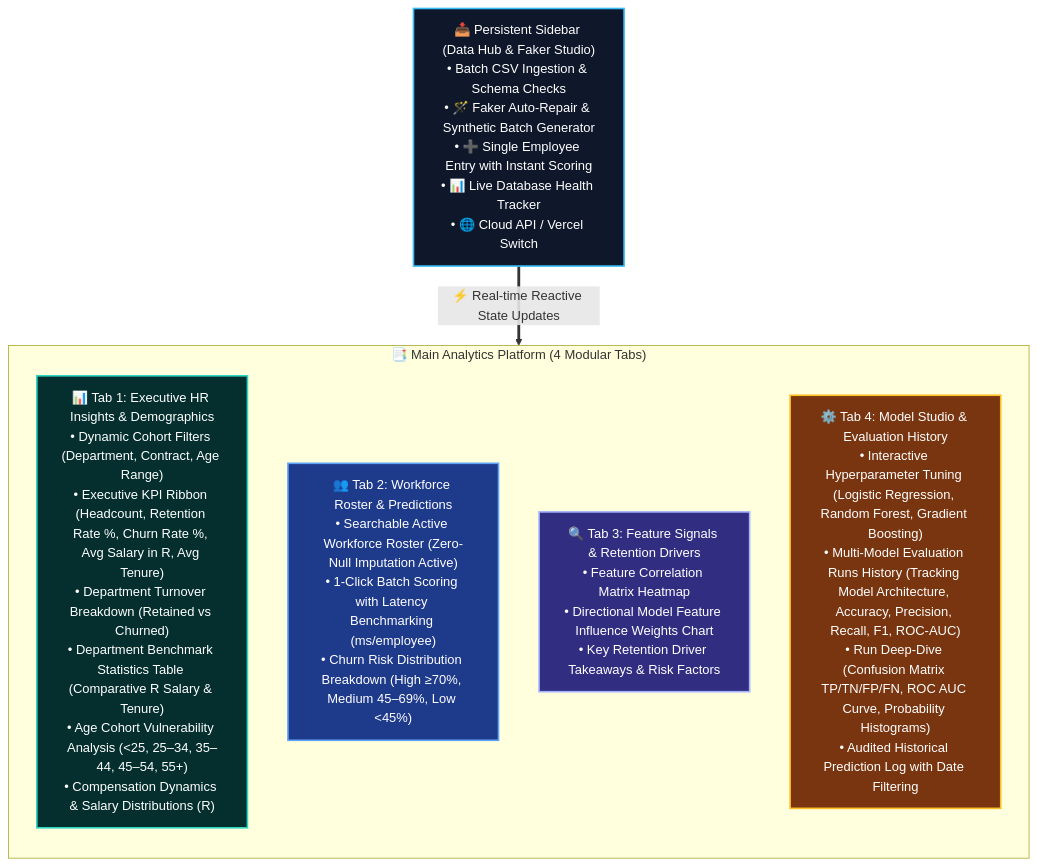
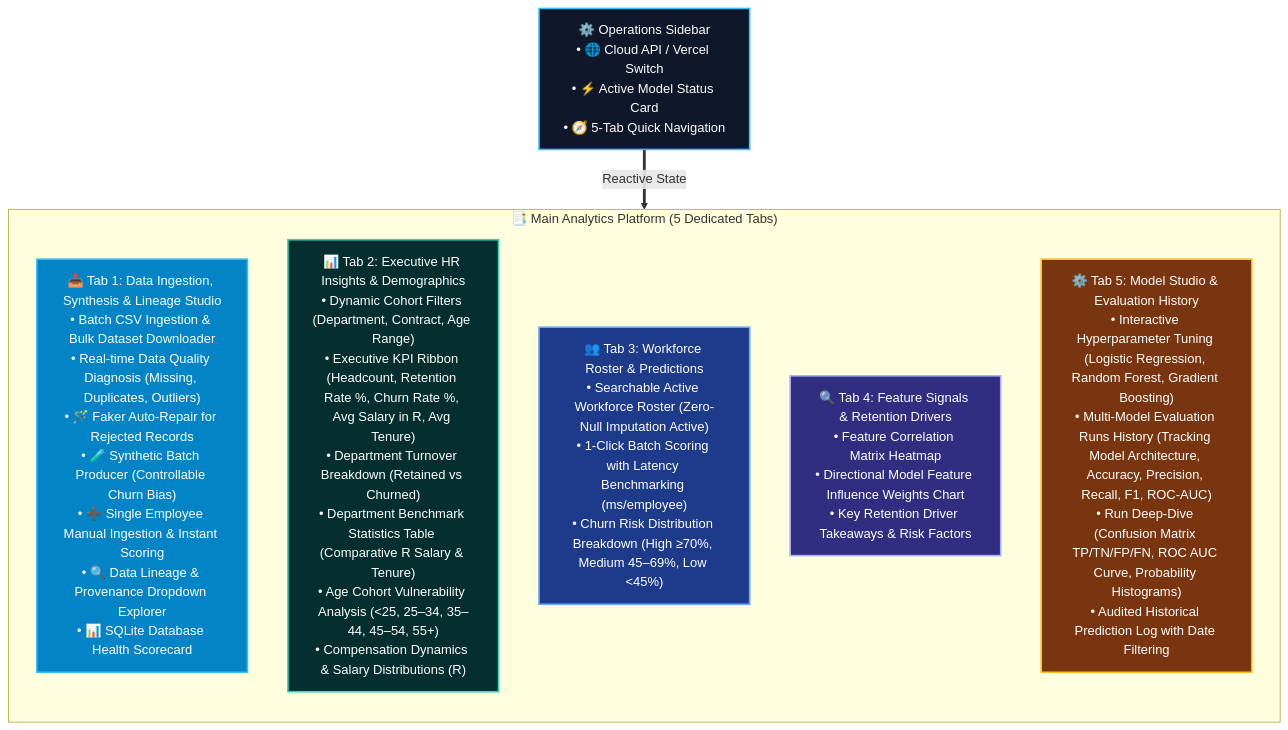
The first of 2 diagrams in artifacts/implementation_summary_and_architecture.md (Shotza247/Employee_Full-Stack_Churn_ML), drawn with Mermaid before and after one commit. The commit also changed other lines of this file and 5 other files, not shown here.

Commit message:
docs: document 5-tab architecture and end-to-end data pipeline lineage governance

````diff
--- a/artifacts/implementation_summary_and_architecture.md
+++ b/artifacts/implementation_summary_and_architecture.md
@@ -11,30 +11,34 @@
 ```mermaid
 flowchart TB
-    SIDEBAR["📥 Persistent Sidebar (Data Hub & Faker Studio)<br/>• Batch CSV Ingestion & Schema Checks<br/>• 🪄 Faker Auto-Repair & Synthetic Batch Generator<br/>• ➕ Single Employee Entry with Instant Scoring<br/>• 📊 Live Database Health Tracker<br/>• 🌐 Cloud API / Vercel Switch"]
+    SIDEBAR["⚙️ Operations Sidebar<br/>• 🌐 Cloud API / Vercel Switch<br/>• ⚡ Active Model Status Card<br/>• 🧭 5-Tab Quick Navigation"]
 
-    SIDEBAR ==>|"⚡ Real-time Reactive State Updates"| TABS
+    SIDEBAR ==>|"Reactive State"| TABS
 
-    subgraph TABS ["📑 Main Analytics Platform (4 Modular Tabs)"]
+    subgraph TABS ["📑 Main Analytics Platform (5 Dedicated Tabs)"]
         direction TB
         
-        TAB1["📊 Tab 1: Executive HR Insights & Demographics<br/>• Dynamic Cohort Filters (Department, Contract, Age Range)<br/>• Executive KPI Ribbon (Headcount, Retention Rate %, Churn Rate %, Avg Salary in R, Avg Tenure)<br/>• Department Turnover Breakdown (Retained vs Churned)<br/>• Department Benchmark Statistics Table (Comparative R Salary & Tenure)<br/>• Age Cohort Vulnerability Analysis (<25, 25–34, 35–44, 45–54, 55+)<br/>• Compensation Dynamics & Salary Distributions (R)"]
+        TAB1["📥 Tab 1: Data Ingestion, Synthesis & Lineage Studio<br/>• Batch CSV Ingestion & Bulk Dataset Downloader<br/>• Real-time Data Quality Diagnosis (Missing, Duplicates, Outliers)<br/>• 🪄 Faker Auto-Repair for Rejected Records<br/>• 🧪 Synthetic Batch Producer (Controllable Churn Bias)<br/>• ➕ Single Employee Manual Ingestion & Instant Scoring<br/>• 🔍 Data Lineage & Provenance Dropdown Explorer<br/>• 📊 SQLite Database Health Scorecard"]
 
-        TAB2["👥 Tab 2: Workforce Roster & Predictions<br/>• Searchable Active Workforce Roster (Zero-Null Imputation Active)<br/>• 1-Click Batch Scoring with Latency Benchmarking (ms/employee)<br/>• Churn Risk Distribution Breakdown (High ≥70%, Medium 45–69%, Low <45%)"]
+        TAB2["📊 Tab 2: Executive HR Insights & Demographics<br/>• Dynamic Cohort Filters (Department, Contract, Age Range)<br/>• Executive KPI Ribbon (Headcount, Retention Rate %, Churn Rate %, Avg Salary in R, Avg Tenure)<br/>• Department Turnover Breakdown (Retained vs Churned)<br/>• Department Benchmark Statistics Table (Comparative R Salary & Tenure)<br/>• Age Cohort Vulnerability Analysis (<25, 25–34, 35–44, 45–54, 55+)<br/>• Compensation Dynamics & Salary Distributions (R)"]
 
-        TAB3["🔍 Tab 3: Feature Signals & Retention Drivers<br/>• Feature Correlation Matrix Heatmap<br/>• Directional Model Feature Influence Weights Chart<br/>• Key Retention Driver Takeaways & Risk Factors"]
+        TAB3["👥 Tab 3: Workforce Roster & Predictions<br/>• Searchable Active Workforce Roster (Zero-Null Imputation Active)<br/>• 1-Click Batch Scoring with Latency Benchmarking (ms/employee)<br/>• Churn Risk Distribution Breakdown (High ≥70%, Medium 45–69%, Low <45%)"]
 
-        TAB4["⚙️ Tab 4: Model Studio & Evaluation History<br/>• Interactive Hyperparameter Tuning (Logistic Regression, Random Forest, Gradient Boosting)<br/>• Multi-Model Evaluation Runs History (Tracking Model Architecture, Accuracy, Precision, Recall, F1, ROC-AUC)<br/>• Run Deep-Dive (Confusion Matrix TP/TN/FP/FN, ROC AUC Curve, Probability Histograms)<br/>• Audited Historical Prediction Log with Date Filtering"]
+        TAB4["🔍 Tab 4: Feature Signals & Retention Drivers<br/>• Feature Correlation Matrix Heatmap<br/>• Directional Model Feature Influence Weights Chart<br/>• Key Retention Driver Takeaways & Risk Factors"]
+
+        TAB5["⚙️ Tab 5: Model Studio & Evaluation History<br/>• Interactive Hyperparameter Tuning (Logistic Regression, Random Forest, Gradient Boosting)<br/>• Multi-Model Evaluation Runs History (Tracking Model Architecture, Accuracy, Precision, Recall, F1, ROC-AUC)<br/>• Run Deep-Dive (Confusion Matrix TP/TN/FP/FN, ROC AUC Curve, Probability Histograms)<br/>• Audited Historical Prediction Log with Date Filtering"]
     end
 
     classDef sideNode fill:#0F172A,stroke:#38BDF8,stroke-width:2px,color:#ffffff;
-    classDef t1Node fill:#042F2E,stroke:#2DD4BF,stroke-width:2px,color:#ffffff;
-    classDef t2Node fill:#1E3A8A,stroke:#60A5FA,stroke-width:2px,color:#ffffff;
-    classDef t3Node fill:#312E81,stroke:#A5B4FC,stroke-width:2px,color:#ffffff;
-    classDef t4Node fill:#78350F,stroke:#FBBF24,stroke-width:2px,color:#ffffff;
+    classDef t1Node fill:#0284C7,stroke:#38BDF8,stroke-width:2px,color:#ffffff;
+    classDef t2Node fill:#042F2E,stroke:#2DD4BF,stroke-width:2px,color:#ffffff;
+    classDef t3Node fill:#1E3A8A,stroke:#60A5FA,stroke-width:2px,color:#ffffff;
+    classDef t4Node fill:#312E81,stroke:#A5B4FC,stroke-width:2px,color:#ffffff;
+    classDef t5Node fill:#78350F,stroke:#FBBF24,stroke-width:2px,color:#ffffff;
 
     class SIDEBAR sideNode;
     class TAB1 t1Node;
     class TAB2 t2Node;
     class TAB3 t3Node;
     class TAB4 t4Node;
+    class TAB5 t5Node;
 ```
````
